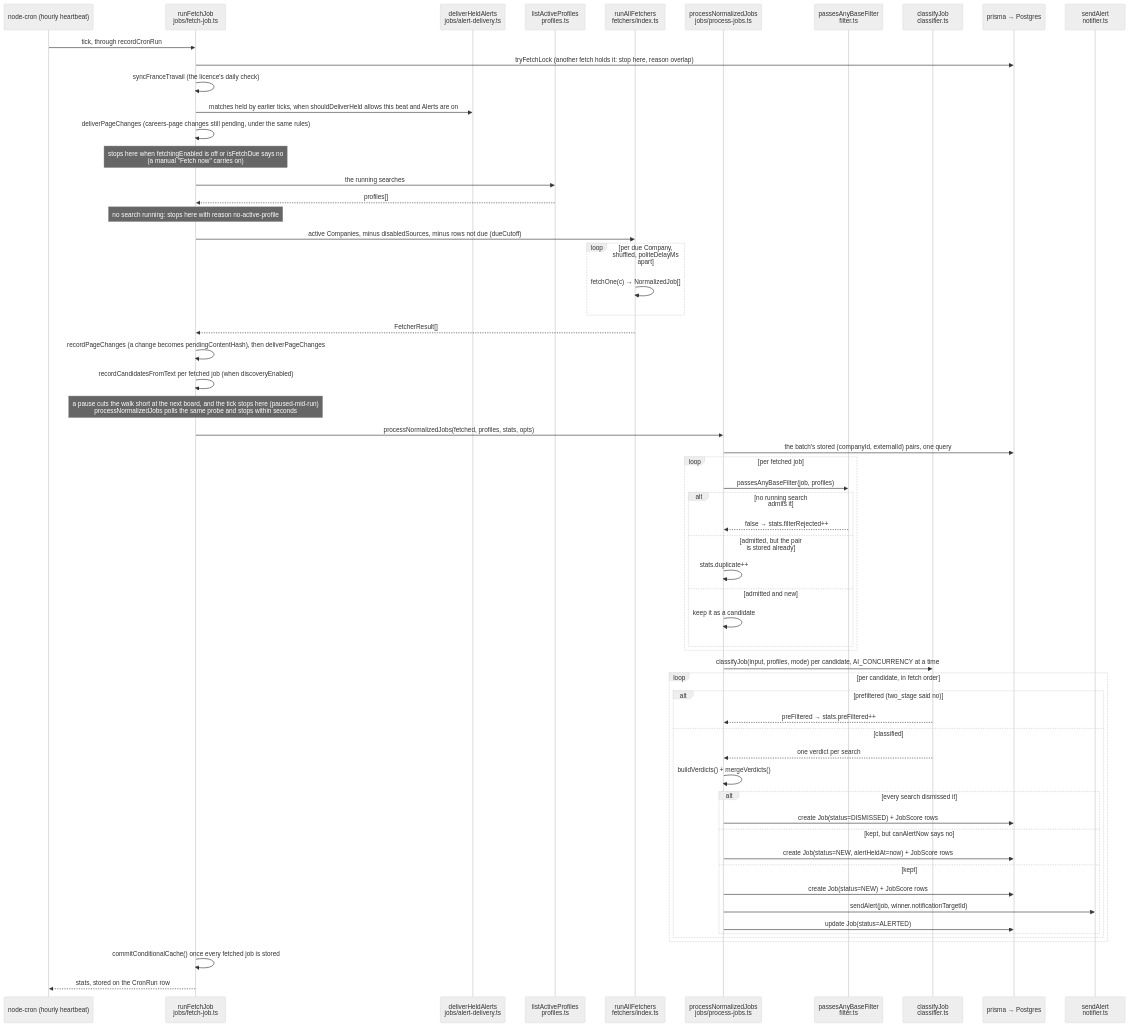
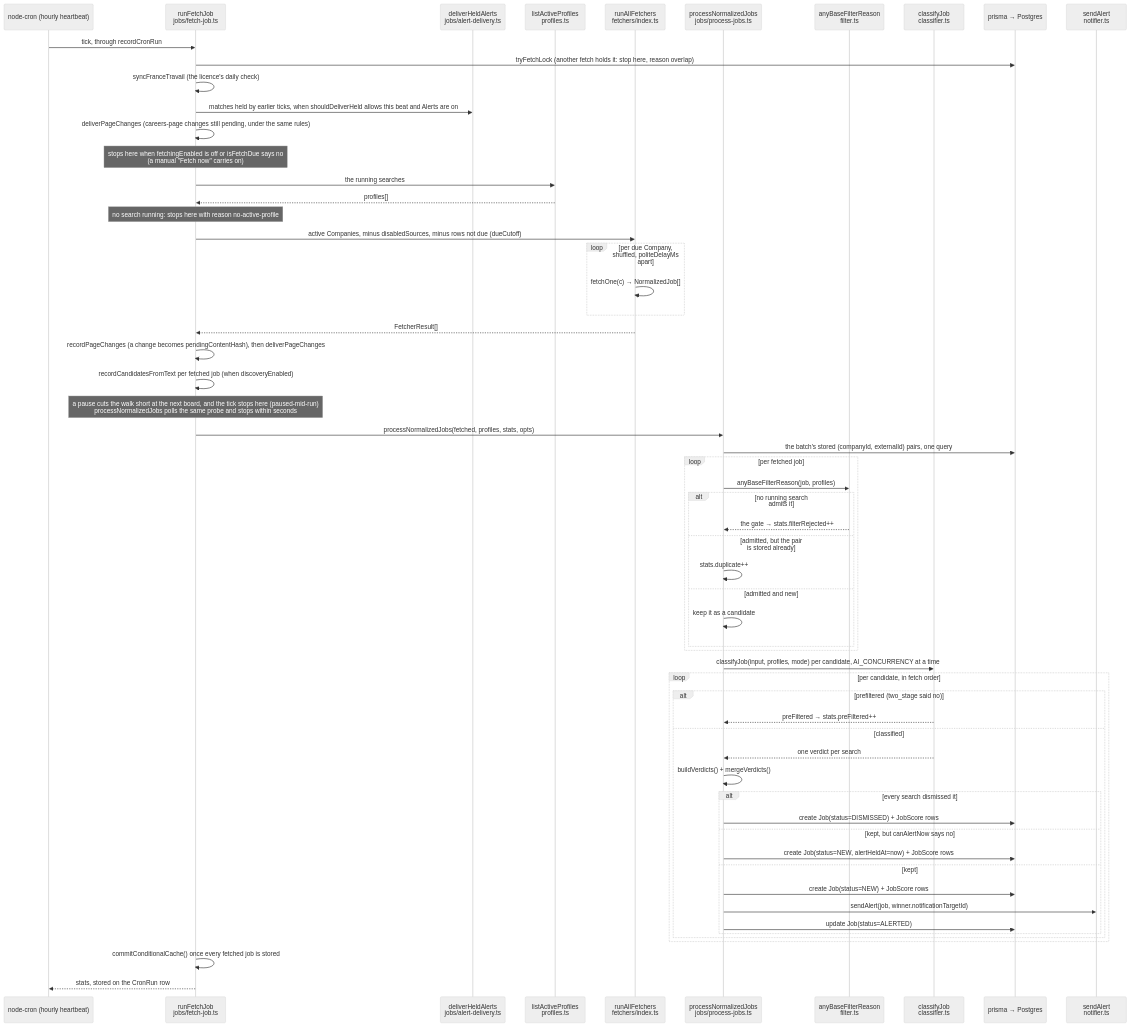
One commit to applypack/applypack changed the second of 5 diagrams in ARCHITECTURE.md. Above: the diagram before and after it, drawn with Mermaid (neutral theme). The commit also changed other lines of this file and 2 other files, not shown here.

Commit message:
docs name anyBaseFilterReason as the filter every caller uses

````diff
--- a/ARCHITECTURE.md
+++ b/ARCHITECTURE.md
@@ -49,63 +49,63 @@
 ```mermaid
 sequenceDiagram
   participant cron as node-cron (hourly heartbeat)
   participant runFetchJob as runFetchJob<br/>jobs/fetch-job.ts
   participant deliverHeldAlerts as deliverHeldAlerts<br/>jobs/alert-delivery.ts
   participant listActiveProfiles as listActiveProfiles<br/>profiles.ts
   participant runAllFetchers as runAllFetchers<br/>fetchers/index.ts
   participant processNormalizedJobs as processNormalizedJobs<br/>jobs/process-jobs.ts
-  participant passesAnyBaseFilter as passesAnyBaseFilter<br/>filter.ts
+  participant anyBaseFilterReason as anyBaseFilterReason<br/>filter.ts
   participant classifyJob as classifyJob<br/>classifier.ts
   participant prisma as prisma → Postgres
   participant sendAlert as sendAlert<br/>notifier.ts
 
   cron->>runFetchJob: tick, through recordCronRun
   runFetchJob->>prisma: tryFetchLock (another fetch holds it: stop here, reason overlap)
   runFetchJob->>runFetchJob: syncFranceTravail (the licence's daily check)
   runFetchJob->>deliverHeldAlerts: matches held by earlier ticks, when shouldDeliverHeld allows this beat and Alerts are on
   runFetchJob->>runFetchJob: deliverPageChanges (careers-page changes still pending, under the same rules)
   Note over runFetchJob: stops here when fetchingEnabled is off or isFetchDue says no<br/>(a manual "Fetch now" carries on)
   runFetchJob->>listActiveProfiles: the running searches
   listActiveProfiles-->>runFetchJob: profiles[]
   Note over runFetchJob: no search running: stops here with reason no-active-profile
   runFetchJob->>runAllFetchers: active Companies, minus disabledSources, minus rows not due (dueCutoff)
   loop per due Company, shuffled, politeDelayMs apart
     runAllFetchers->>runAllFetchers: fetchOne(c) → NormalizedJob[]
   end
   runAllFetchers-->>runFetchJob: FetcherResult[]
   runFetchJob->>runFetchJob: recordPageChanges (a change becomes pendingContentHash), then deliverPageChanges
   runFetchJob->>runFetchJob: recordCandidatesFromText per fetched job (when discoveryEnabled)
   Note over runFetchJob: a pause cuts the walk short at the next board, and the tick stops here (paused-mid-run)<br/>processNormalizedJobs polls the same probe and stops within seconds
   runFetchJob->>processNormalizedJobs: processNormalizedJobs(fetched, profiles, stats, opts)
   processNormalizedJobs->>prisma: the batch's stored (companyId, externalId) pairs, one query
   loop per fetched job
-    processNormalizedJobs->>passesAnyBaseFilter: passesAnyBaseFilter(job, profiles)
+    processNormalizedJobs->>anyBaseFilterReason: anyBaseFilterReason(job, profiles)
     alt no running search admits it
-      passesAnyBaseFilter-->>processNormalizedJobs: false → stats.filterRejected++
+      anyBaseFilterReason-->>processNormalizedJobs: the gate → stats.filterRejected++
     else admitted, but the pair is stored already
       processNormalizedJobs->>processNormalizedJobs: stats.duplicate++
     else admitted and new
       processNormalizedJobs->>processNormalizedJobs: keep it as a candidate
     end
   end
   processNormalizedJobs->>classifyJob: classifyJob(input, profiles, mode) per candidate, AI_CONCURRENCY at a time
   loop per candidate, in fetch order
     alt prefiltered (two_stage said no)
       classifyJob-->>processNormalizedJobs: preFiltered → stats.preFiltered++
     else classified
       classifyJob-->>processNormalizedJobs: one verdict per search
       processNormalizedJobs->>processNormalizedJobs: buildVerdicts() + mergeVerdicts()
       alt every search dismissed it
         processNormalizedJobs->>prisma: create Job(status=DISMISSED) + JobScore rows
       else kept, but canAlertNow says no
         processNormalizedJobs->>prisma: create Job(status=NEW, alertHeldAt=now) + JobScore rows
       else kept
         processNormalizedJobs->>prisma: create Job(status=NEW) + JobScore rows
         processNormalizedJobs->>sendAlert: sendAlert(job, winner.notificationTargetId)
         processNormalizedJobs->>prisma: update Job(status=ALERTED)
       end
     end
   end
   runFetchJob->>runFetchJob: commitConditionalCache() once every fetched job is stored
   runFetchJob-->>cron: stats, stored on the CronRun row
 ```
````
